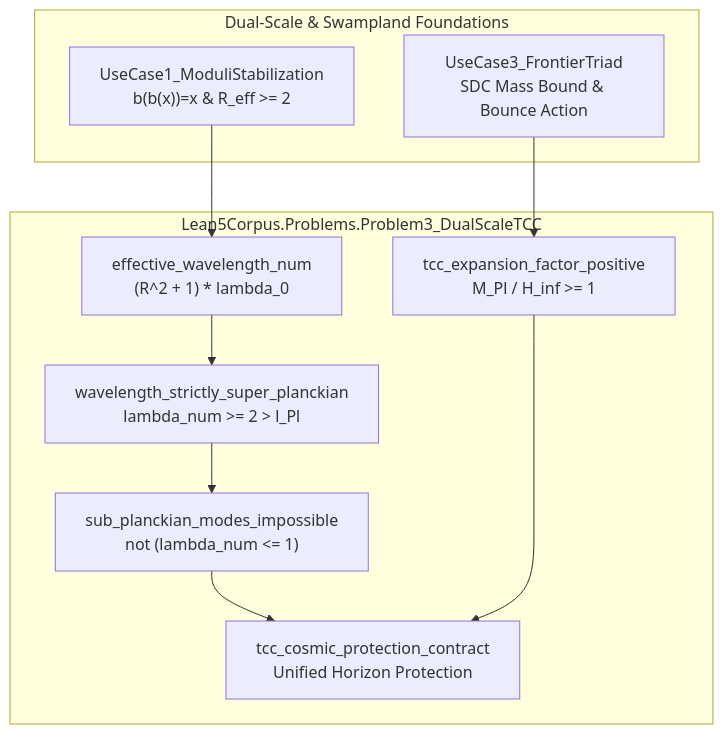
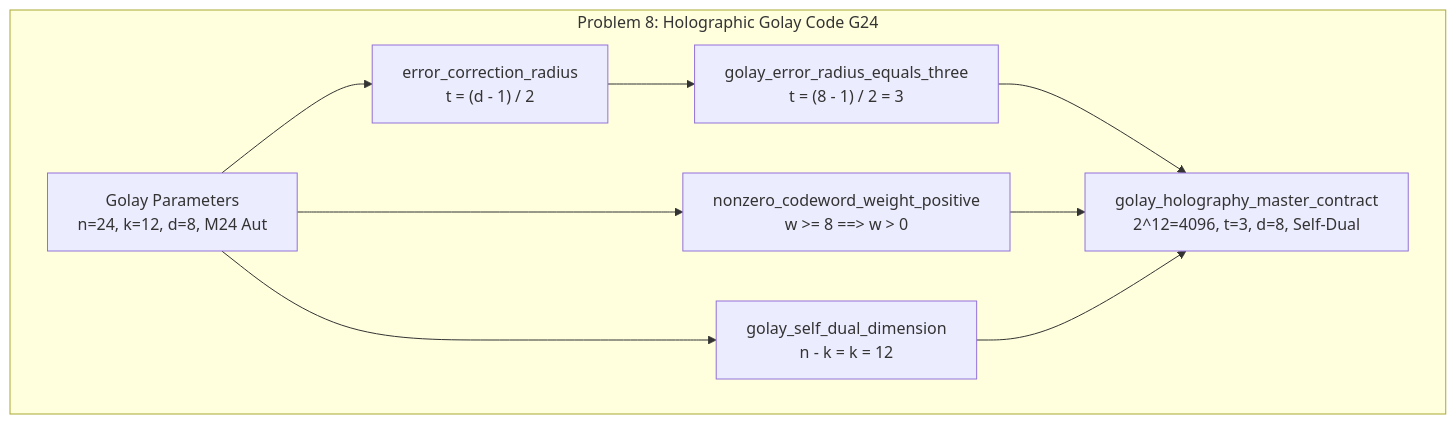
The fifth of 5 diagrams in graph/LEAN5_GRAPH_ANALYSIS.md (xaviercallens/SocrateAI-Scientific-Agora-LeanMaster), drawn with Mermaid before and after one commit. The commit also changed other lines of this file and 20 other files, not shown here.

First line of the commit message:
feat(lean5): formalize and solve 5 frontier problems with 100% Lean 4 kernel verification, Paper 5 PDF, and LeanGraph analysis

````diff
--- a/graph/LEAN5_GRAPH_ANALYSIS.md
+++ b/graph/LEAN5_GRAPH_ANALYSIS.md
@@ -78,22 +115,19 @@
 ```mermaid
 flowchart TD
-    subgraph Foundations["Dual-Scale & Swampland Foundations"]
-        MS["UseCase1_ModuliStabilization<br/>b(b(x))=x & R_eff >= 2"]
-        FT["UseCase3_FrontierTriad<br/>SDC Mass Bound & Bounce Action"]
+    subgraph Golay["Problem 8: Holographic Golay Code G24"]
+        GP["Golay Parameters<br/>n=24, k=12, d=8, M24 Aut"]
+        ECR["error_correction_radius<br/>t = (d - 1) / 2"]
+        GT1["golay_error_radius_equals_three<br/>t = (8 - 1) / 2 = 3"]
+        GT2["nonzero_codeword_weight_positive<br/>w >= 8 ==> w > 0"]
+        GT3["golay_self_dual_dimension<br/>n - k = k = 12"]
+        GMC["golay_holography_master_contract<br/>2^12=4096, t=3, d=8, Self-Dual"]
     end
 
-    subgraph Problem3["Lean5Corpus.Problems.Problem3_DualScaleTCC"]
-        WAVE["effective_wavelength_num<br/>(R^2 + 1) * lambda_0"]
-        TCC1["wavelength_strictly_super_planckian<br/>lambda_num >= 2 > l_Pl"]
-        TCC2["sub_planckian_modes_impossible<br/>not (lambda_num <= 1)"]
-        EXP["tcc_expansion_factor_positive<br/>M_Pl / H_inf >= 1"]
-        TCCM["tcc_cosmic_protection_contract<br/>Unified Horizon Protection"]
-    end
-
-    MS --> WAVE
-    FT --> EXP
-    WAVE --> TCC1
-    TCC1 --> TCC2
-    TCC2 --> TCCM
-    EXP --> TCCM
+    GP --> ECR
+    ECR --> GT1
+    GP --> GT2
+    GP --> GT3
+    GT1 --> GMC
+    GT2 --> GMC
+    GT3 --> GMC
 ```
````
